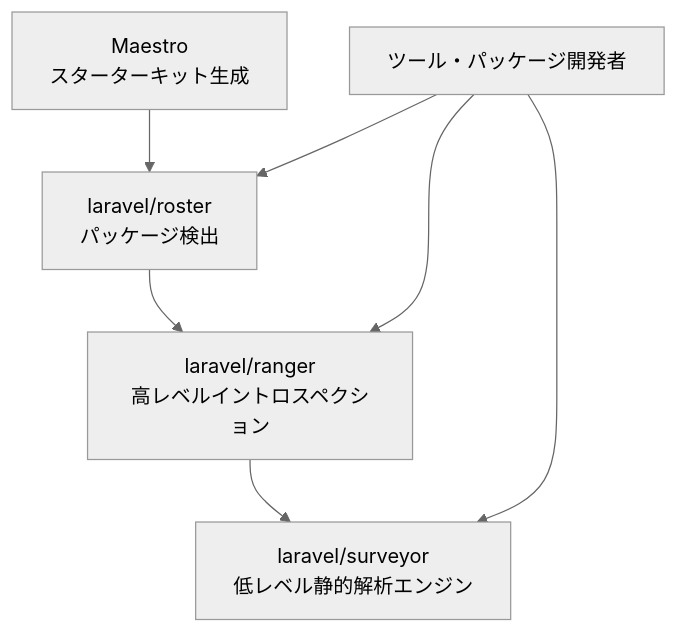
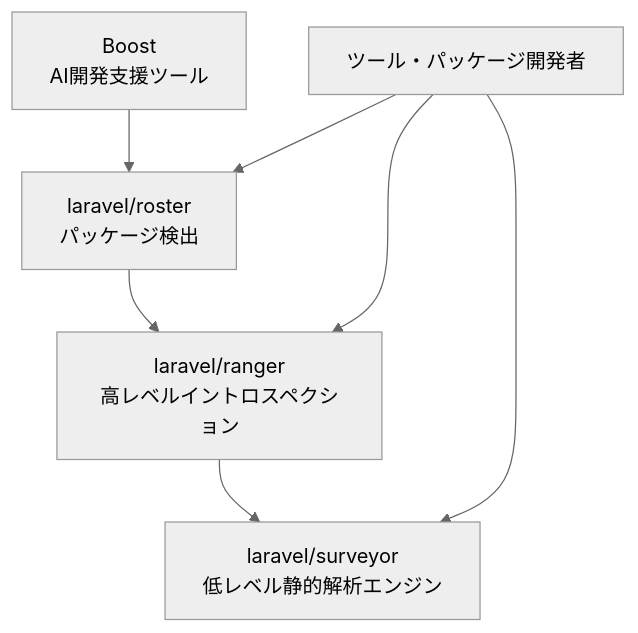
The first of 3 diagrams in jp/blog/laravel-ecosystem-analysis.mdx (kawax/mintlify-docs), drawn with Mermaid (neutral theme) before and after one commit. The commit also changed other lines of this file and 1 other file, not shown here.

````diff
--- a/jp/blog/laravel-ecosystem-analysis.mdx
+++ b/jp/blog/laravel-ecosystem-analysis.mdx
@@ -18,9 +18,9 @@
 ```mermaid
 graph TD
     A["laravel/roster<br>パッケージ検出"] --> B["laravel/ranger<br>高レベルイントロスペクション"]
     B --> C["laravel/surveyor<br>低レベル静的解析エンジン"]
-    D["Maestro<br>スターターキット生成"] --> A
+    D["Boost<br>AI開発支援ツール"] --> A
     E["ツール・パッケージ開発者"] --> A
     E --> B
     E --> C
 ```
````
